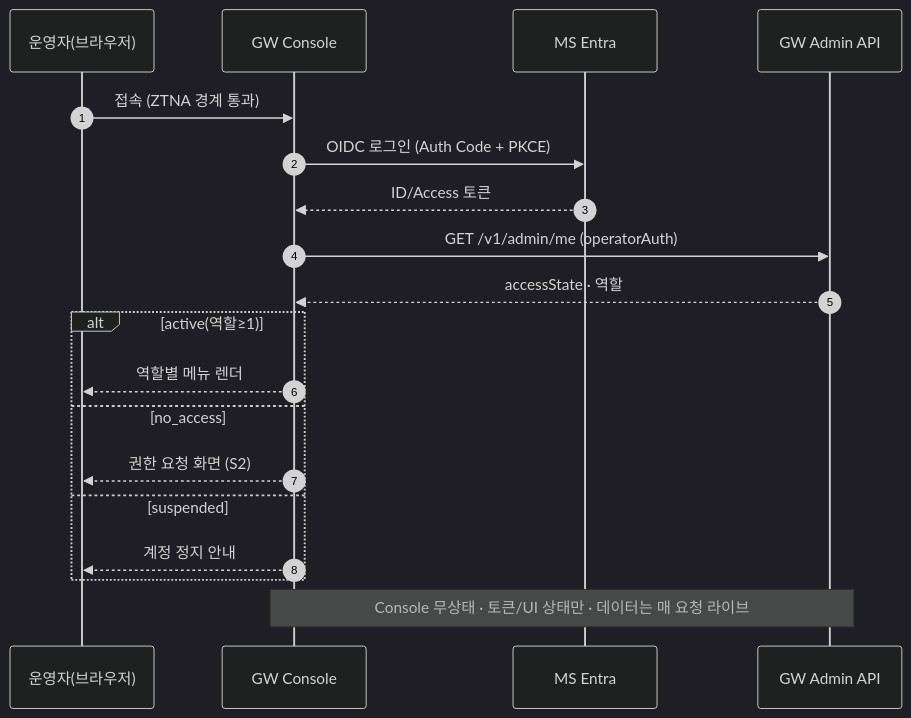
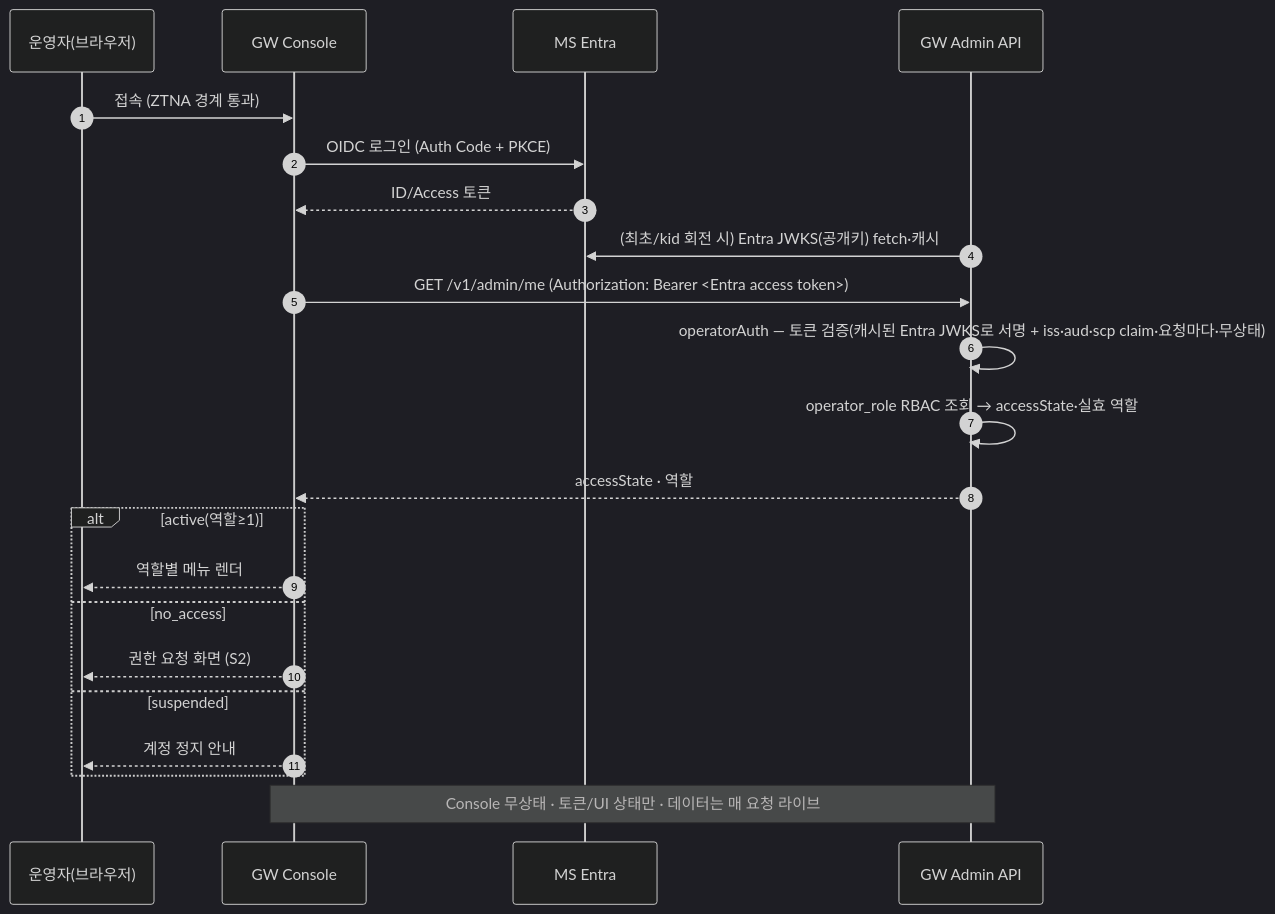
One commit to gracegyu/scp-architecture changed the fourth of 8 diagrams in docs/VT_API_Gateway/08.VT_API_Gateway/specs/03c-subsrs-gw-console/SRS.md. Above: the diagram before and after it, drawn with Mermaid (dark theme). The commit also changed other lines of this file, not shown here.

````diff
--- a/docs/VT_API_Gateway/08.VT_API_Gateway/specs/03c-subsrs-gw-console/SRS.md
+++ b/docs/VT_API_Gateway/08.VT_API_Gateway/specs/03c-subsrs-gw-console/SRS.md
@@ -175,21 +178,24 @@
 ```mermaid
 sequenceDiagram
     autonumber
     participant OP as 운영자(브라우저)
     participant C as GW Console
     participant E as MS Entra
     participant GW as GW Admin API
     OP->>C: 접속 (ZTNA 경계 통과)
     C->>E: OIDC 로그인 (Auth Code + PKCE)
     E-->>C: ID/Access 토큰
-    C->>GW: GET /v1/admin/me (operatorAuth)
+    GW->>E: (최초/kid 회전 시) Entra JWKS(공개키) fetch·캐시
+    C->>GW: GET /v1/admin/me (Authorization: Bearer <Entra access token>)
+    GW->>GW: operatorAuth — 토큰 검증(캐시된 Entra JWKS로 서명 + iss·aud·scp claim·요청마다·무상태)
+    GW->>GW: operator_role RBAC 조회 → accessState·실효 역할
     GW-->>C: accessState · 역할
     alt active(역할≥1)
         C-->>OP: 역할별 메뉴 렌더
     else no_access
         C-->>OP: 권한 요청 화면 (S2)
     else suspended
         C-->>OP: 계정 정지 안내
     end
     Note over C,GW: Console 무상태 · 토큰/UI 상태만 · 데이터는 매 요청 라이브
 ```
````
